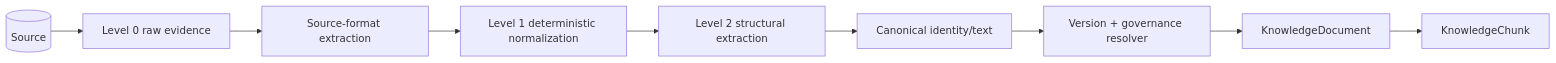
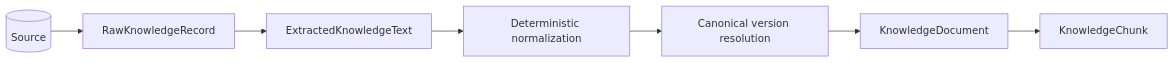
One commit to kumarchandansingh/tropos changed the third of 3 diagrams in docs/architecture/ARCHITECTURE_OVERVIEW.md. Above: the diagram before and after it, drawn with Mermaid. The commit also changed other lines of this file and 13 other files, not shown here.

````diff
--- a/docs/architecture/ARCHITECTURE_OVERVIEW.md
+++ b/docs/architecture/ARCHITECTURE_OVERVIEW.md
@@ -109,12 +70,10 @@
 ```mermaid
 flowchart LR
     Source[(Source)]
-    --> Raw[Level 0 raw evidence]
-    --> Extract[Source-format extraction]
-    --> L1[Level 1 deterministic normalization]
-    --> L2[Level 2 structural extraction]
-    --> Canon[Canonical identity/text]
-    --> Version[Version + governance resolver]
+    --> Raw[RawKnowledgeRecord]
+    --> Extract[ExtractedKnowledgeText]
+    --> Norm[Deterministic normalization]
+    --> Version[Canonical version resolution]
     --> Doc[KnowledgeDocument]
     --> Chunk[KnowledgeChunk]
 ```
````
